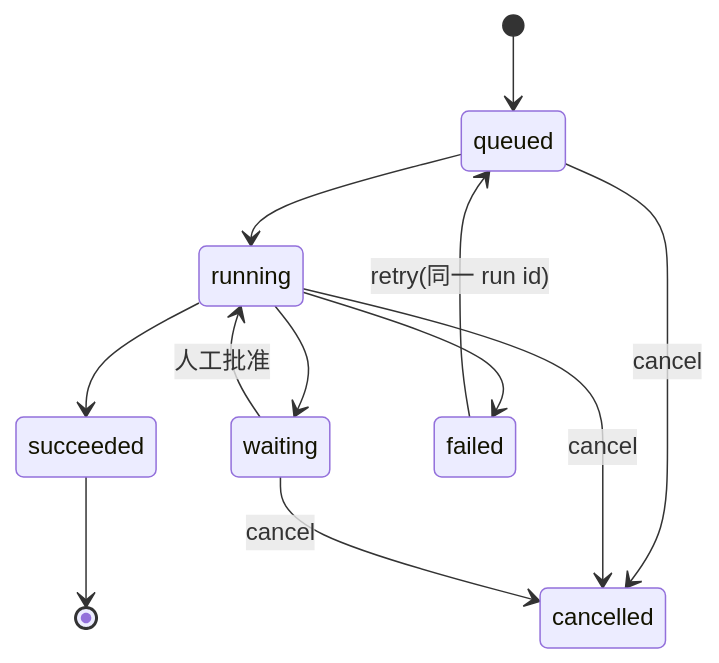
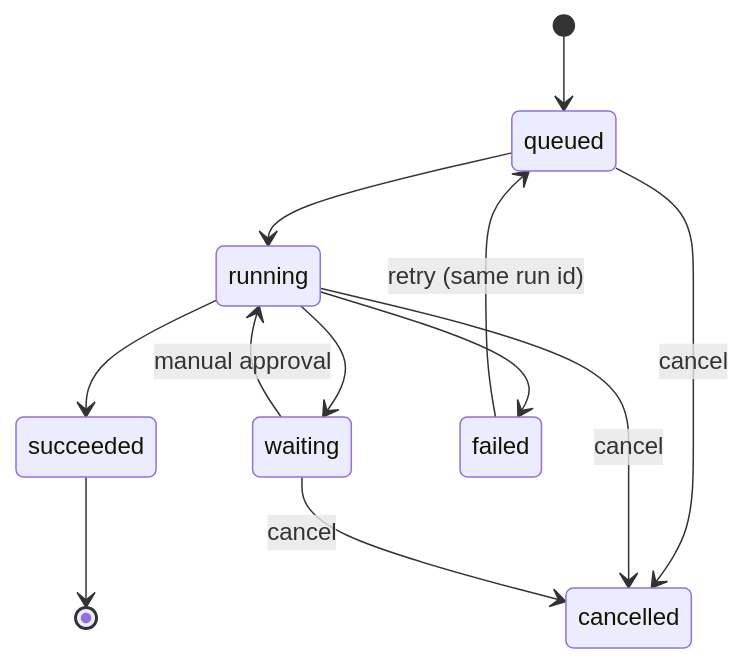
One commit to 55aaseclab/Polaris changed the third of 4 diagrams in apps/docs/site/development/prd.md. Above: the diagram before and after it, drawn with Mermaid. The commit also changed other lines of this file and 1 other file, not shown here.

````diff
--- a/apps/docs/site/development/prd.md
+++ b/apps/docs/site/development/prd.md
@@ -217,14 +234,14 @@
 ```mermaid
 stateDiagram-v2
     [*] --> queued
     queued --> running
     running --> succeeded
     running --> waiting
-    waiting --> running : 人工批准
+    waiting --> running : manual approval
     running --> failed
-    failed --> queued : retry(同一 run id)
+    failed --> queued : retry (same run id)
     queued --> cancelled : cancel
     running --> cancelled : cancel
     waiting --> cancelled : cancel
     succeeded --> [*]
 ```
````
